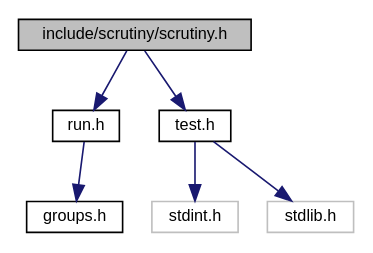
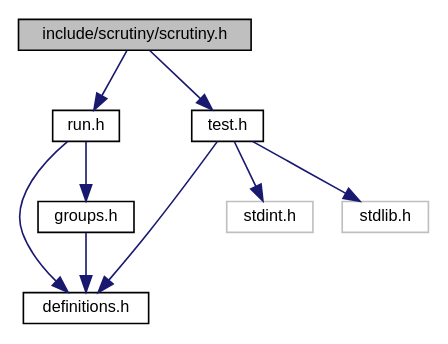
Before and after one commit to nickeldan/scrutiny: the diagram in docs/scrutiny_8h__incl.dot, drawn with Graphviz. The commit also changed 39 other files, not shown here.

```diff
--- a/docs/scrutiny_8h__incl.dot
+++ b/docs/scrutiny_8h__incl.dot
@@ -1,17 +1,21 @@
 digraph "include/scrutiny/scrutiny.h"
 {
  // LATEX_PDF_SIZE
   edge [fontname="Helvetica",fontsize="10",labelfontname="Helvetica",labelfontsize="10"];
   node [fontname="Helvetica",fontsize="10",shape=record];
   Node1 [label="include/scrutiny/scrutiny.h",height=0.2,width=0.4,color="black", fillcolor="grey75", style="filled", fontcolor="black",tooltip="Master include file."];
   Node1 -> Node2 [color="midnightblue",fontsize="10",style="solid",fontname="Helvetica"];
   Node2 [label="run.h",height=0.2,width=0.4,color="black", fillcolor="white", style="filled",URL="$run_8h.html",tooltip="Defines the runner functionality."];
   Node2 -> Node3 [color="midnightblue",fontsize="10",style="solid",fontname="Helvetica"];
-  Node3 [label="groups.h",height=0.2,width=0.4,color="black", fillcolor="white", style="filled",URL="$groups_8h.html",tooltip="Defines the group functionality."];
-  Node1 -> Node4 [color="midnightblue",fontsize="10",style="solid",fontname="Helvetica"];
-  Node4 [label="test.h",height=0.2,width=0.4,color="black", fillcolor="white", style="filled",URL="$test_8h.html",tooltip="Defines the test macros."];
-  Node4 -> Node5 [color="midnightblue",fontsize="10",style="solid",fontname="Helvetica"];
-  Node5 [label="stdint.h",height=0.2,width=0.4,color="grey75", fillcolor="white", style="filled",tooltip=" "];
-  Node4 -> Node6 [color="midnightblue",fontsize="10",style="solid",fontname="Helvetica"];
-  Node6 [label="stdlib.h",height=0.2,width=0.4,color="grey75", fillcolor="white", style="filled",tooltip=" "];
+  Node3 [label="definitions.h",height=0.2,width=0.4,color="black", fillcolor="white", style="filled",URL="$definitions_8h_source.html",tooltip=" "];
+  Node2 -> Node4 [color="midnightblue",fontsize="10",style="solid",fontname="Helvetica"];
+  Node4 [label="groups.h",height=0.2,width=0.4,color="black", fillcolor="white", style="filled",URL="$groups_8h.html",tooltip="Defines the group functionality."];
+  Node4 -> Node3 [color="midnightblue",fontsize="10",style="solid",fontname="Helvetica"];
+  Node1 -> Node5 [color="midnightblue",fontsize="10",style="solid",fontname="Helvetica"];
+  Node5 [label="test.h",height=0.2,width=0.4,color="black", fillcolor="white", style="filled",URL="$test_8h.html",tooltip="Defines the test macros."];
+  Node5 -> Node6 [color="midnightblue",fontsize="10",style="solid",fontname="Helvetica"];
+  Node6 [label="stdint.h",height=0.2,width=0.4,color="grey75", fillcolor="white", style="filled",tooltip=" "];
+  Node5 -> Node7 [color="midnightblue",fontsize="10",style="solid",fontname="Helvetica"];
+  Node7 [label="stdlib.h",height=0.2,width=0.4,color="grey75", fillcolor="white", style="filled",tooltip=" "];
+  Node5 -> Node3 [color="midnightblue",fontsize="10",style="solid",fontname="Helvetica"];
 }
```
